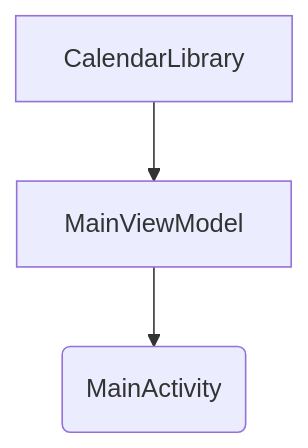
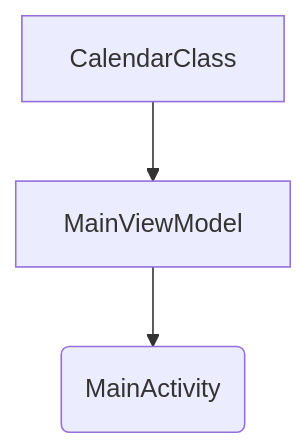
The diagram in README.md (rishavnaskar/CalenGroww), drawn with Mermaid before and after one commit.

````diff
--- a/README.md
+++ b/README.md
@@ -33,4 +33,4 @@
 ```mermaid
  graph TD
-	 CalendarLibrary --> MainViewModel --> UI(MainActivity)
+	 CalendarClass --> MainViewModel --> UI(MainActivity)
  ```
````
